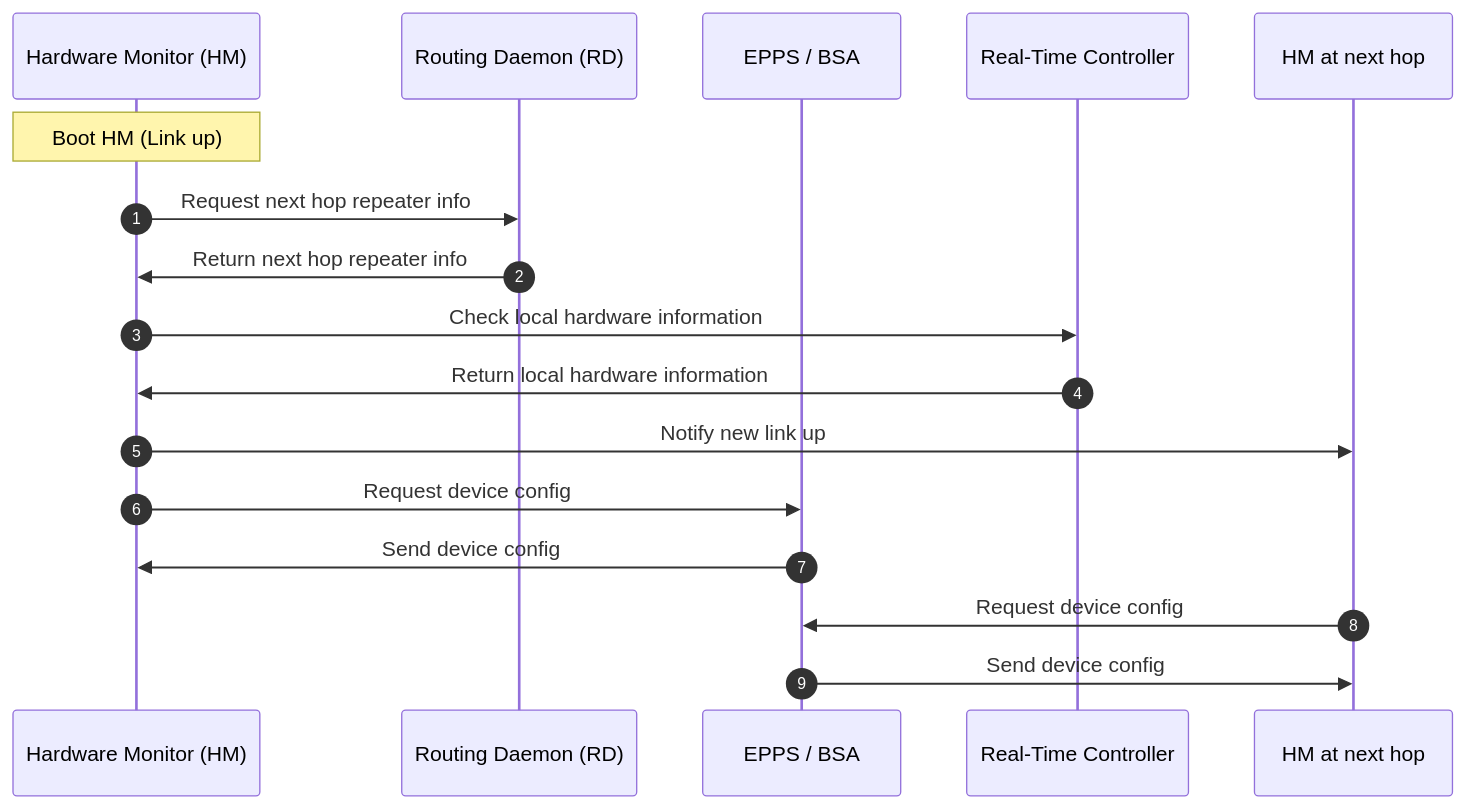
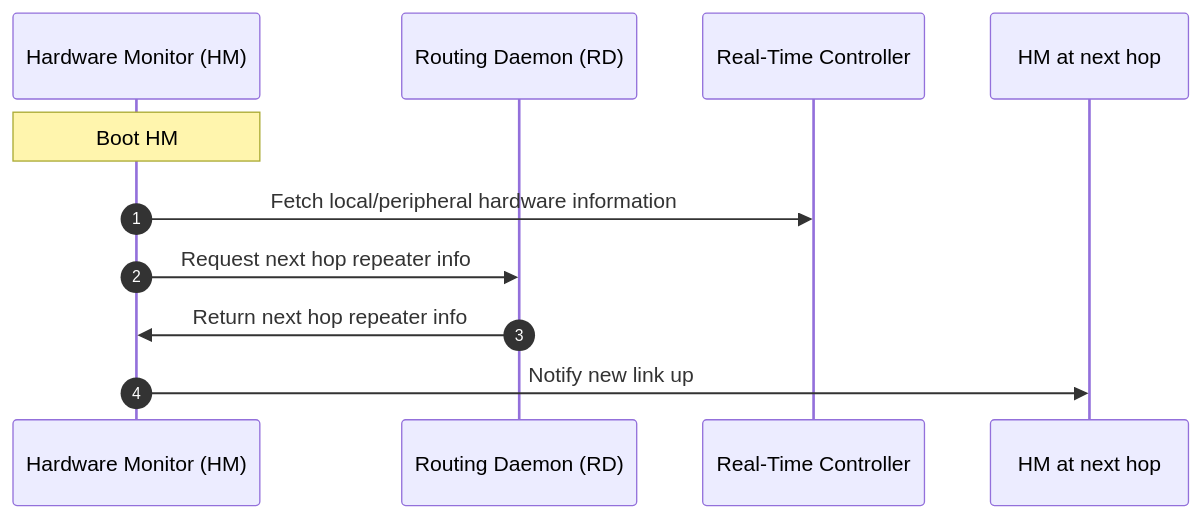
One commit to sfc-aqua/qrsa changed the first of 4 diagrams in hardware_monitor/README.md. Above: the diagram before and after it, drawn with Mermaid. The commit also changed other lines of this file and 5 other files, not shown here.

Commit message:
updated diagrams

````diff
--- a/hardware_monitor/README.md
+++ b/hardware_monitor/README.md
@@ -31,24 +30,18 @@
 ```mermaid
 sequenceDiagram
 autonumber
 
 participant hm as Hardware Monitor (HM)
 participant rd as Routing Daemon (RD)
-participant epbs as EPPS / BSA
 participant rtc as Real-Time Controller
 participant hm2 as HM at next hop
 
-Note over hm: Boot HM (Link up)
+Note over hm: Boot HM
+
+hm ->> rtc: Fetch local/peripheral hardware information
+
 hm ->> rd: Request next hop repeater info
 rd ->> hm: Return next hop repeater info
 
-hm ->> rtc: Check local hardware information
-rtc ->> hm: Return local hardware information
-
 hm ->> hm2: Notify new link up
-hm ->> epbs: Request device config
-epbs ->> hm: Send device config
-
-hm2 ->> epbs: Request device config
-epbs ->> hm2: Send device config
 ```
````
